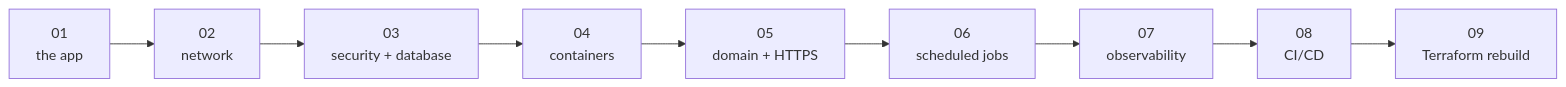
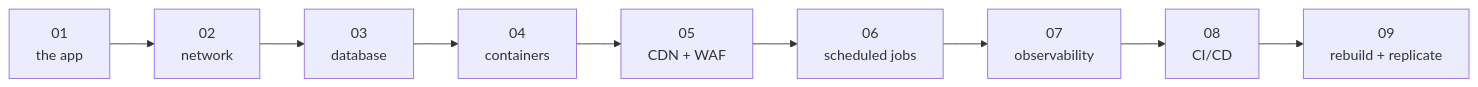
Before and after one commit to shadreza/aws-three-tier-cloud-ref-architecture: the first of 2 diagrams in docs/steps/README.md, drawn with Mermaid. The commit also changed other lines of this file and 3 other files, not shown here.

````diff
--- a/docs/steps/README.md
+++ b/docs/steps/README.md
@@ -7,11 +7,11 @@
 ```mermaid
 flowchart LR
     s1["01<br/>the app"] --> s2["02<br/>network"]
-    s2 --> s3["03<br/>security + database"]
+    s2 --> s3["03<br/>database"]
     s3 --> s4["04<br/>containers"]
-    s4 --> s5["05<br/>domain + HTTPS"]
+    s4 --> s5["05<br/>CDN + WAF"]
     s5 --> s6["06<br/>scheduled jobs"]
     s6 --> s7["07<br/>observability"]
     s7 --> s8["08<br/>CI/CD"]
-    s8 --> s9["09<br/>Terraform rebuild"]
+    s8 --> s9["09<br/>rebuild + replicate"]
 ```
````
